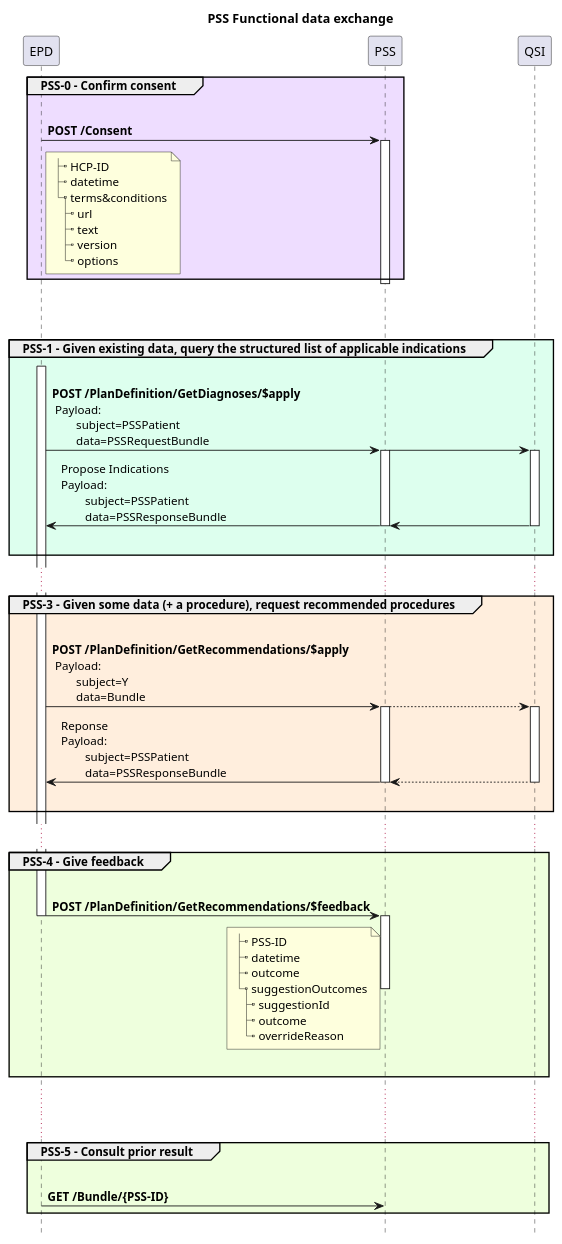
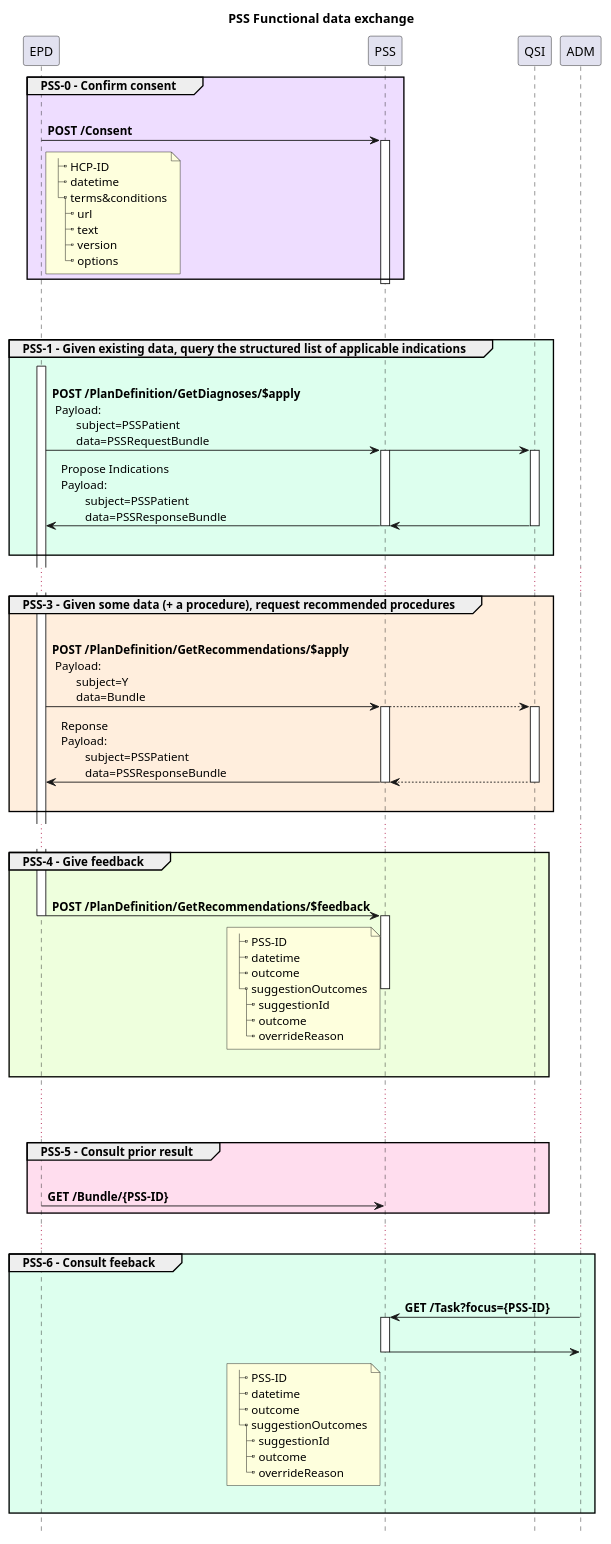
The diagram in input/images-source/pss-flow-radiology.plantuml (hl7-be/pss), drawn with PlantUML before and after one commit. The commit also changed 2 other files, not shown here.

```diff
--- a/input/images-source/pss-flow-radiology.plantuml
+++ b/input/images-source/pss-flow-radiology.plantuml
@@ -1,85 +1,109 @@
 @startuml
 !pragma teoz true
 Title PSS Functional data exchange
 hide footbox
 
 group #edf PSS-0 - Confirm consent
         EPD -> PSS : \n**POST /Consent**
         activate PSS
         note right of EPD
 |_ HCP-ID
 |_ datetime
 |_ terms&conditions
   |_ url
   |_ text
   |_ version
   |_ options
         end note
         deactivate EPD
         deactivate PSS
 end
 |||
 |||
 group #DFE PSS-1 - Given existing data, query the structured list of applicable indications
         activate EPD
         EPD -> PSS : \n**POST /PlanDefinition/GetDiagnoses/$apply**\n Payload:\n        subject=PSSPatient\n        data=PSSRequestBundle
         & PSS -> QSI 
         & PSS -[hidden]-> QSI : "                                      "
         'PSS -> QSI : GET /indictions
 
         activate PSS
         activate QSI
         QSI -> PSS 
         & PSS -> EPD: Propose Indications \nPayload:\n        subject=PSSPatient\n        data=PSSResponseBundle
         deactivate PSS
         deactivate QSI
         |||
 end
 
 ...
 group #fed PSS-3 - Given some data (+ a procedure), request recommended procedures
         EPD -> PSS : \n**POST /PlanDefinition/GetRecommendations/$apply**\n Payload:\n        subject=Y\n        data=Bundle
         & PSS --> QSI 
         & PSS -[hidden]-> QSI : "                                      "
 
         activate PSS
         activate QSI
         QSI --> PSS 
         & PSS -> EPD: Reponse\nPayload:\n        subject=PSSPatient\n        data=PSSResponseBundle
         deactivate PSS
         deactivate QSI
         |||
 
 end
 ...
 group #efd PSS-4 - Give feedback
         EPD -> PSS : \n**POST /PlanDefinition/GetRecommendations/$feedback**
         note left of PSS
 |_ PSS-ID
 |_ datetime
 |_ outcome
 |_ suggestionOutcomes
   |_ suggestionId
   |_ outcome
   |_ overrideReason
         end note
         deactivate EPD
         activate PSS
         & PSS -[hidden]-> QSI : "                                      "
         deactivate PSS
         |||
 
 end
 
 ...
 ...
 
-group #efd PSS-5 - Consult prior result
+group #fde PSS-5 - Consult prior result
         EPD -> PSS : \n**GET /Bundle/{PSS-ID}**
         & PSS -[hidden]-> QSI : "                                      "
+'        activate EPD
+end
+...
+
+group #dfe PSS-6 - Consult feeback
+        ADM -> PSS : \n**GET /Task?focus={PSS-ID}**
+        & PSS -[hidden]-> QSI : "                                      "
+        activate PSS
+        |||
+        PSS -> ADM 
+                note left of PSS
+|_ PSS-ID
+|_ datetime
+|_ outcome
+|_ suggestionOutcomes
+  |_ suggestionId
+  |_ outcome
+  |_ overrideReason
+        end note
+        deactivate EPD
+        & PSS -[hidden]-> QSI : "                                      "
+        deactivate PSS
+        |||
+
 '        activate EPD
 end
 
 
 
 @enduml
```
